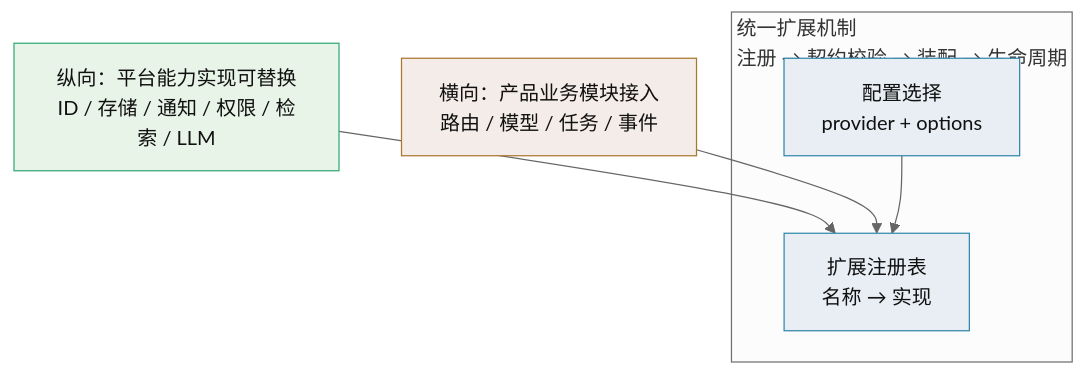
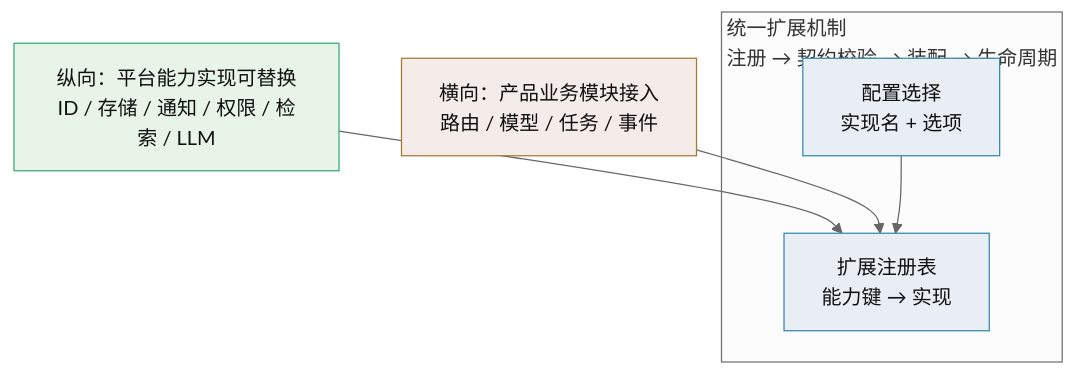
The first of 4 diagrams in bms文档/设计/架构设计/10_架构设计_子系统_扩展点与插件化.md (minjian123/basic-management-system), drawn with Mermaid (neutral theme) before and after one commit. The commit also changed other lines of this file and 18 other files, not shown here.

````diff
--- a/bms文档/设计/架构设计/10_架构设计_子系统_扩展点与插件化.md
+++ b/bms文档/设计/架构设计/10_架构设计_子系统_扩展点与插件化.md
@@ -17,13 +19,13 @@
 ```mermaid
 flowchart TB
     subgraph M["统一扩展机制<br/>注册 → 契约校验 → 装配 → 生命周期"]
-        REG["扩展注册表<br/>名称 → 实现"]:::k
-        CFG["配置选择<br/>provider + options"]:::k
+        REG["扩展注册表<br/>能力键 → 实现"]:::k
+        CFG["配置选择<br/>实现名 + 选项"]:::k
     end
     V["纵向：平台能力实现可替换<br/>ID / 存储 / 通知 / 权限 / 检索 / LLM"]:::v --> REG
     H["横向：产品业务模块接入<br/>路由 / 模型 / 任务 / 事件"]:::h --> REG
     CFG --> REG
     classDef k fill:#e8eef4,stroke:#38a,color:#111
     classDef v fill:#e8f4e8,stroke:#3a7,color:#111
     classDef h fill:#f4ece8,stroke:#a73,color:#111
 ```
````
